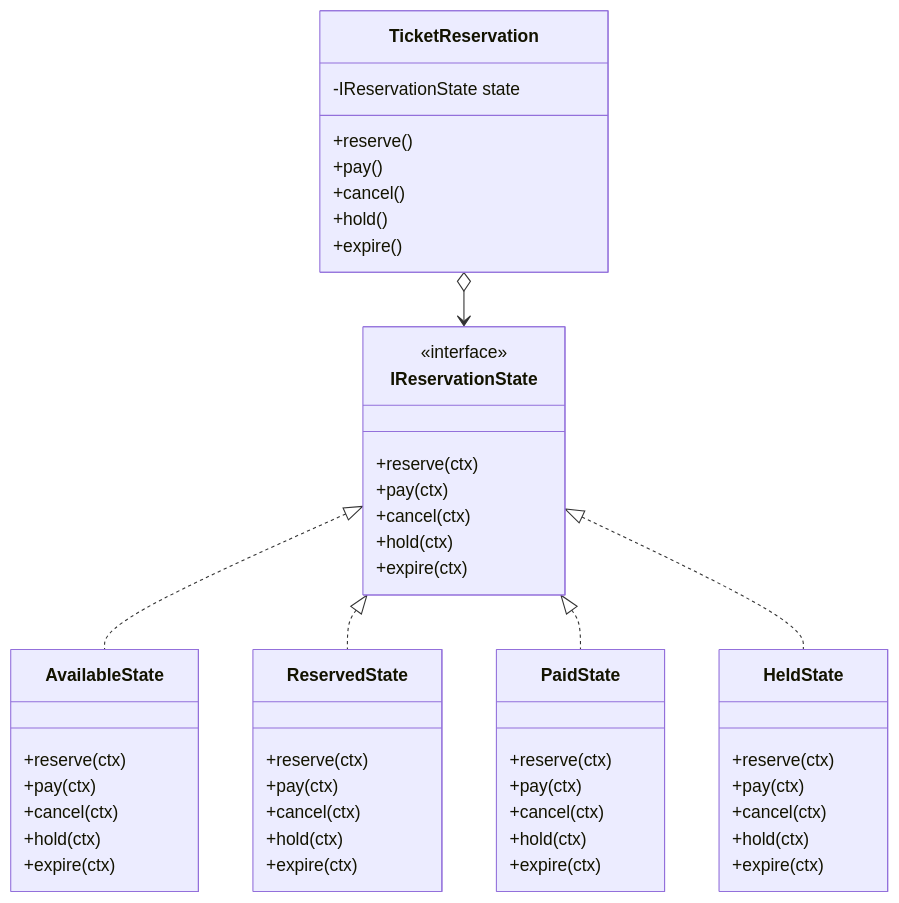
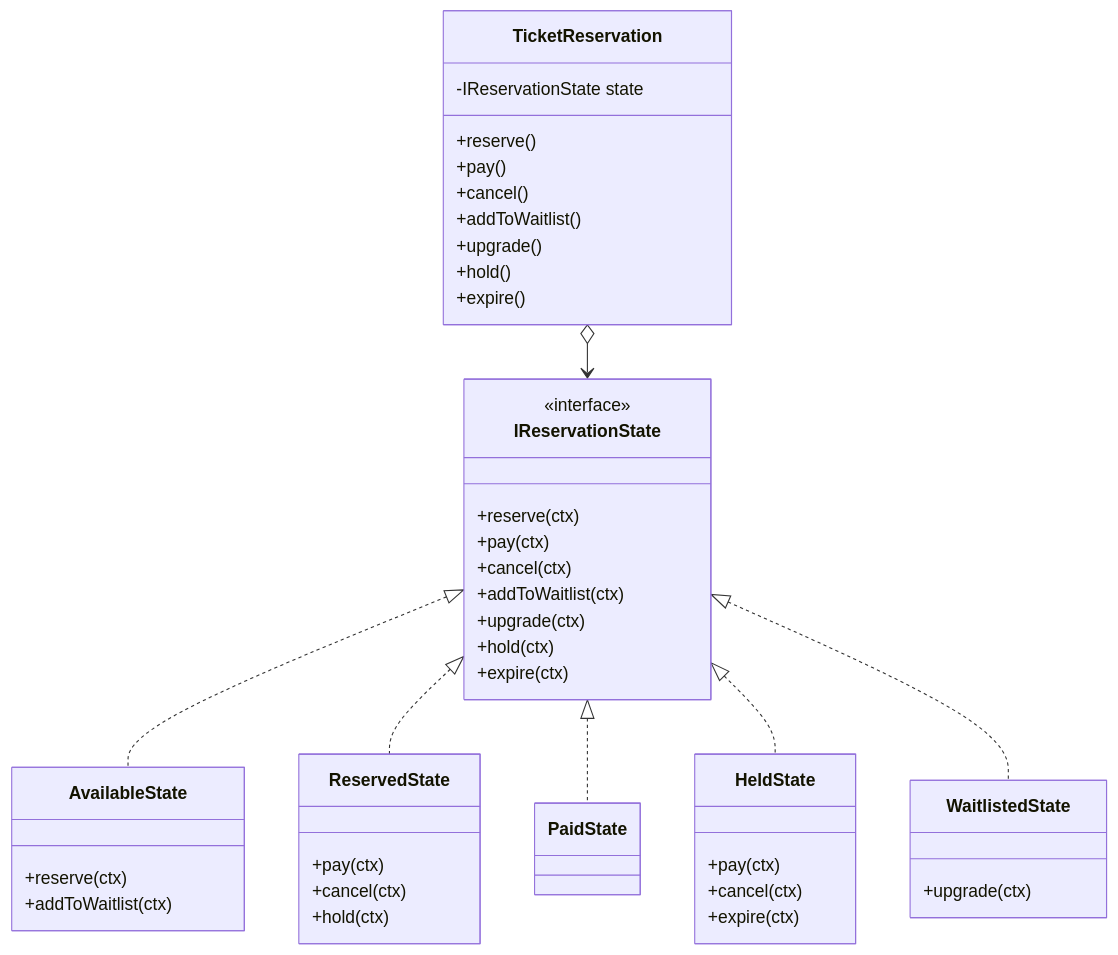
Before and after one commit to kumachan1101-pixel/DesignPattern: diagram 14 of 14 in kindle/design-patterns/output/chapter03.md, drawn with Mermaid. The commit also changed other lines of this file and 7 other files, not shown here.

````diff
--- a/kindle/design-patterns/output/chapter03.md
+++ b/kindle/design-patterns/output/chapter03.md
@@ -1945,52 +1945,47 @@
 ```mermaid
 classDiagram
     class TicketReservation {
         -IReservationState state
         +reserve()
         +pay()
         +cancel()
+        +addToWaitlist()
+        +upgrade()
         +hold()
         +expire()
     }
     class IReservationState {
         <<interface>>
         +reserve(ctx)
         +pay(ctx)
         +cancel(ctx)
+        +addToWaitlist(ctx)
+        +upgrade(ctx)
         +hold(ctx)
         +expire(ctx)
     }
     class AvailableState {
         +reserve(ctx)
+        +addToWaitlist(ctx)
+    }
+    class ReservedState {
         +pay(ctx)
         +cancel(ctx)
         +hold(ctx)
+    }
+    class PaidState
+    class HeldState {
+        +pay(ctx)
+        +cancel(ctx)
         +expire(ctx)
     }
-    class ReservedState {
-        +reserve(ctx)
-        +pay(ctx)
-        +cancel(ctx)
-        +hold(ctx)
-        +expire(ctx)
-    }
-    class PaidState {
-        +reserve(ctx)
-        +pay(ctx)
-        +cancel(ctx)
-        +hold(ctx)
-        +expire(ctx)
-    }
-    class HeldState {
-        +reserve(ctx)
-        +pay(ctx)
-        +cancel(ctx)
-        +hold(ctx)
-        +expire(ctx)
+    class WaitlistedState {
+        +upgrade(ctx)
     }
     TicketReservation o--> IReservationState
     IReservationState <|.. AvailableState
     IReservationState <|.. ReservedState
     IReservationState <|.. PaidState
     IReservationState <|.. HeldState
+    IReservationState <|.. WaitlistedState
 ```
````
